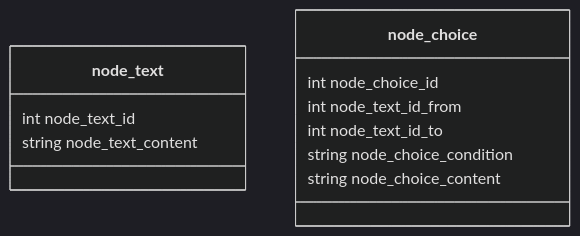
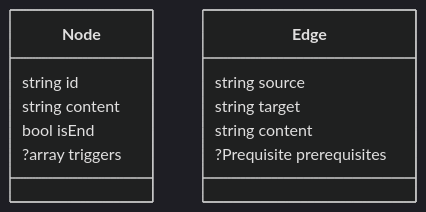
Before and after one commit to velkuns/game-text-engine: the second of 2 diagrams in adr/0001-architecture-node-v1.md, drawn with Mermaid (dark theme). The commit also changed other lines of this file and 96 other files, not shown here.

````diff
--- a/adr/0001-architecture-node-v1.md
+++ b/adr/0001-architecture-node-v1.md
@@ -38,19 +38,20 @@
 ```mermaid
 ---
 Tables diagram: nodes (v1)
 ---
 classDiagram
     
-    class node_text {
-        int node_text_id
-        string node_text_content
+    class Node {
+        string id
+        string content
+        bool isEnd
+        ?array triggers
     }
     
-    class node_choice {
-        int node_choice_id
-        int node_text_id_from
-        int node_text_id_to
-        string node_choice_condition
-        string node_choice_content
+    class Edge {
+        string source
+        string target
+        string content
+        ?Prequisite prerequisites
     }
 ```
````
